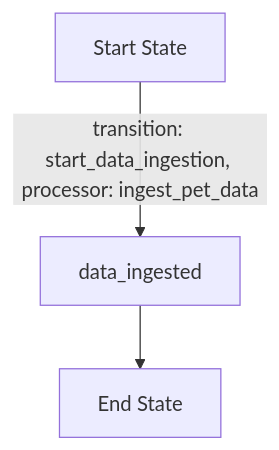
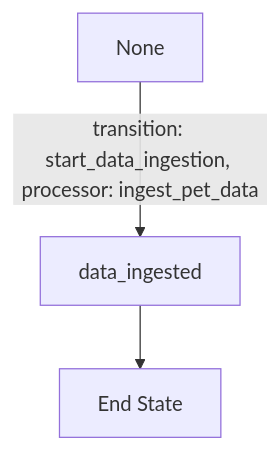
The first of 4 diagrams in entity/app_design_prd.md (Cyoda-platform/quart-client-template), drawn with Mermaid before and after one commit.

````diff
--- a/entity/app_design_prd.md
+++ b/entity/app_design_prd.md
@@ -37,6 +37,6 @@
 ```mermaid
 flowchart TD
-    A[Start State] -->|transition: start_data_ingestion, processor: ingest_pet_data| B[data_ingested]
+    A[None] -->|transition: start_data_ingestion, processor: ingest_pet_data| B[data_ingested]
     B --> D[End State]
     class A,B,D automated;
 ```
````
